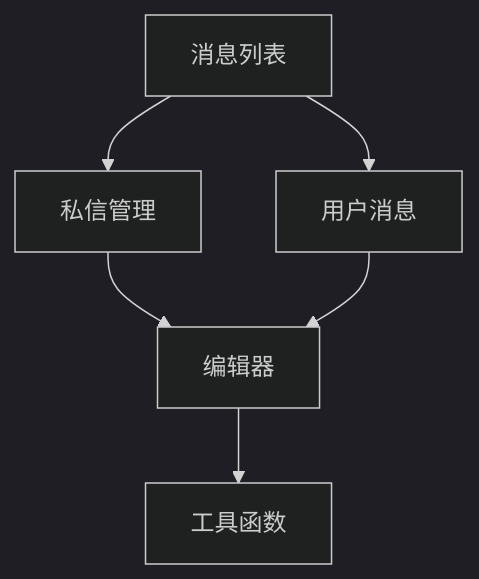
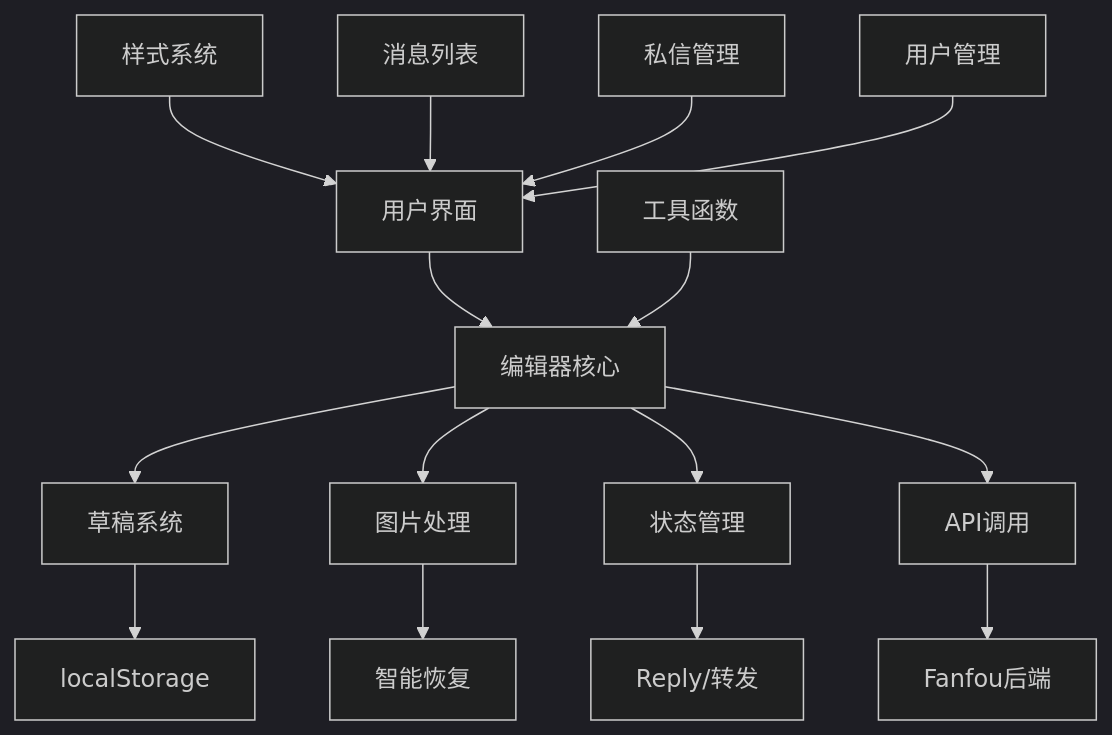
One commit to shinemoon/Fanflow changed the diagram in arch.md. Above: the diagram before and after it, drawn with Mermaid (dark theme). The commit also changed other lines of this file and 1 other file, not shown here.

Commit message:
优化编辑器图片恢复逻辑，增强用户体验，支持从原始路径重新读取图片信息

````diff
--- a/arch.md
+++ b/arch.md
@@ -43,8 +114,21 @@
 ```mermaid
 graph TD
-  A[消息列表] --> B[私信管理]
-  A --> C[用户消息]
-  B --> D[编辑器]
-  C --> D
-  D --> E[工具函数]
+    A[用户界面] --> B[编辑器核心]
+    B --> C[草稿系统]
+    B --> D[图片处理]
+    B --> E[状态管理]
+    
+    C --> F[localStorage]
+    D --> G[智能恢复]
+    E --> H[Reply/转发]
+    
+    B --> I[API调用]
+    I --> J[Fanfou后端]
+    
+    K[样式系统] --> A
+    L[工具函数] --> B
+    
+    M[消息列表] --> A
+    N[私信管理] --> A
+    O[用户管理] --> A
 ```
````
